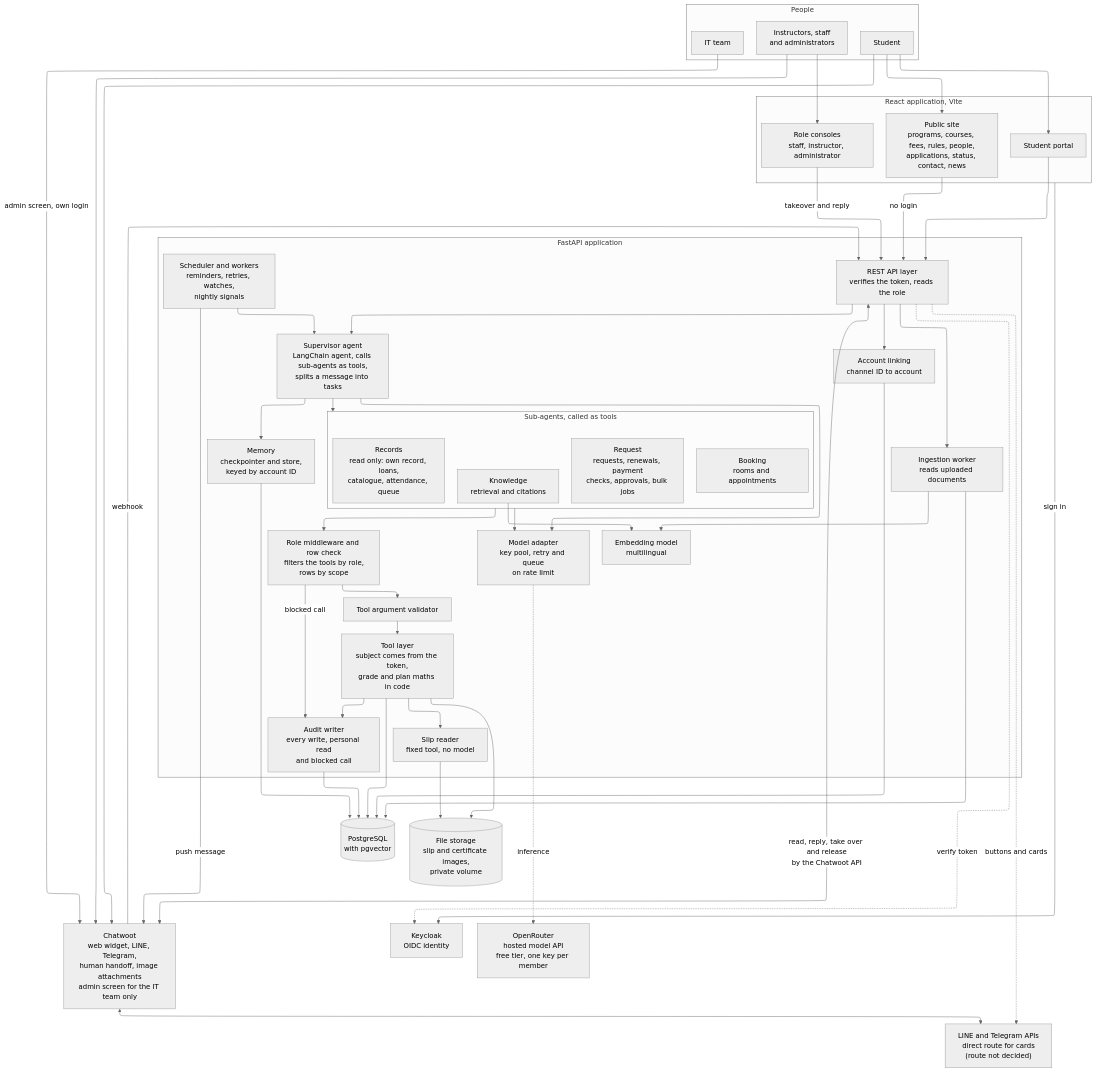
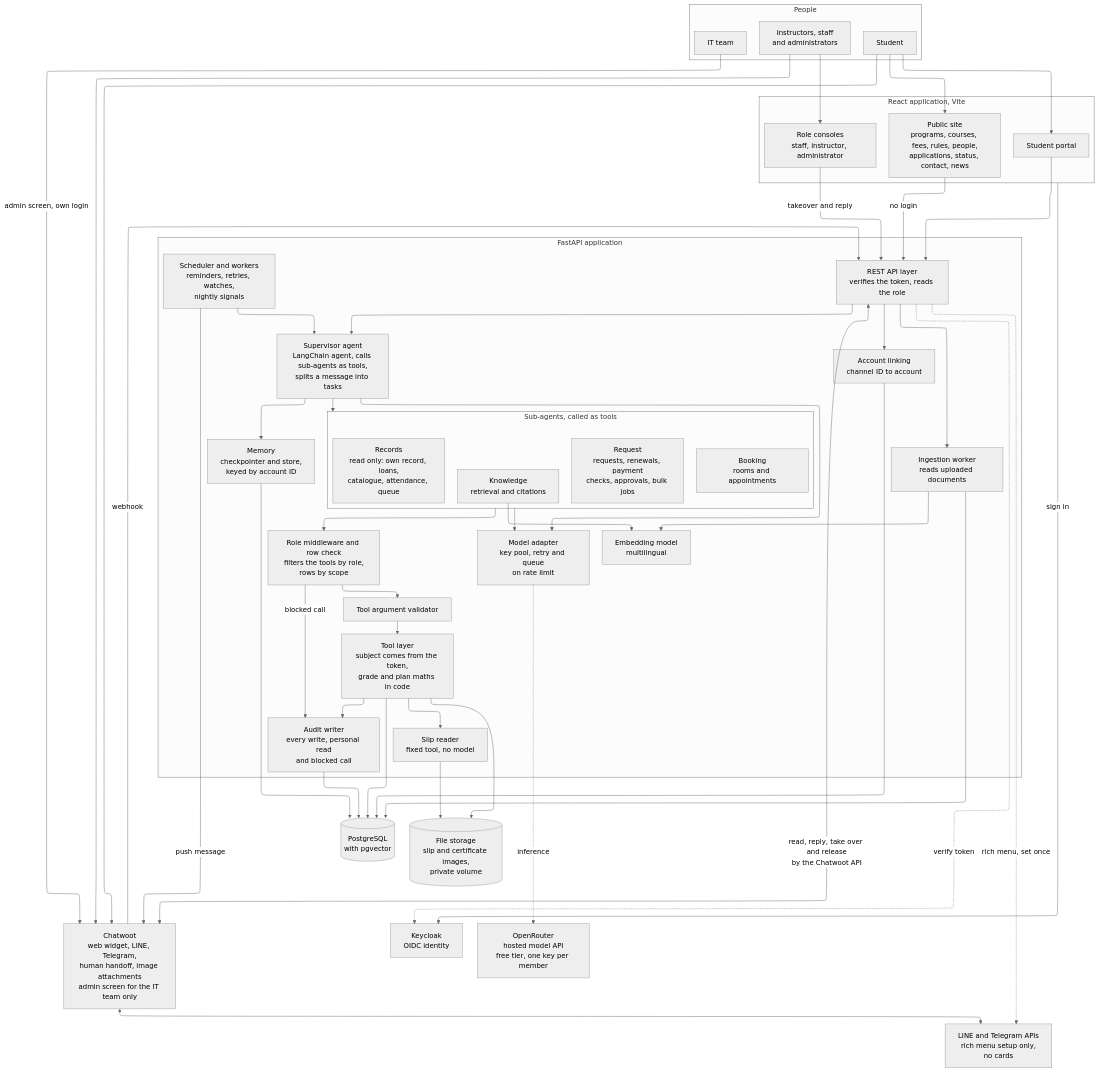
The diagram in design/diagrams/01_architecture.mmd (SaiWaiYanLynn/smart-university-website), drawn with Mermaid (neutral theme) before and after one commit. The commit also changed 3 other files, not shown here.

Commit message:
Updated the architecture diagram

```diff
--- a/design/diagrams/01_architecture.mmd
+++ b/design/diagrams/01_architecture.mmd
@@ -1,93 +1,93 @@
 ---
 config:
   layout: elk
 ---
 flowchart TB
   subgraph Users["People"]
     STU["Student"]
     STF["Instructors, staff<br/>and administrators"]
     ITT["IT team"]
   end
 
   subgraph Frontend["React application, Vite"]
     PUB["Public site<br/>programs, courses, fees, rules, people,<br/>applications, status, contact, news"]
     POR["Student portal"]
     CON["Role consoles<br/>staff, instructor, administrator"]
   end
 
   CWT["Chatwoot<br/>web widget, LINE, Telegram,<br/>human handoff, image attachments<br/>admin screen for the IT team only"]
-  CHN["LINE and Telegram APIs<br/>direct route for cards<br/>(route not decided)"]
+  CHN["LINE and Telegram APIs<br/>rich menu setup only,<br/>no cards"]
 
   subgraph API["FastAPI application"]
     REST["REST API layer<br/>verifies the token, reads the role"]
     LNK["Account linking<br/>channel ID to account"]
     SUP["Supervisor agent<br/>LangChain agent, calls sub-agents as tools,<br/>splits a message into tasks"]
     MEM["Memory<br/>checkpointer and store,<br/>keyed by account ID"]
     SCH["Scheduler and workers<br/>reminders, retries, watches,<br/>nightly signals"]
     subgraph AG["Sub-agents, called as tools"]
       K["Knowledge<br/>retrieval and citations"]
       R["Records<br/>read only: own record, loans,<br/>catalogue, attendance, queue"]
       B["Booking<br/>rooms and appointments"]
       Q["Request<br/>requests, renewals, payment<br/>checks, approvals, bulk jobs"]
     end
     ROLE["Role middleware and row check<br/>filters the tools by role,<br/>rows by scope"]
     VAL["Tool argument validator"]
     TOOL["Tool layer<br/>subject comes from the token,<br/>grade and plan maths in code"]
     SLP["Slip reader<br/>fixed tool, no model"]
     AUD["Audit writer<br/>every write, personal read<br/>and blocked call"]
     ING["Ingestion worker<br/>reads uploaded documents"]
     EMB["Embedding model<br/>multilingual"]
     LLM["Model adapter<br/>key pool, retry and queue<br/>on rate limit"]
   end
 
   PG[("PostgreSQL<br/>with pgvector")]
   FS[("File storage<br/>slip and certificate images,<br/>private volume")]
   KC["Keycloak<br/>OIDC identity"]
   OR["OpenRouter<br/>hosted model API<br/>free tier, one key per member"]
 
   STU --> PUB
   STU --> POR
   STU --> CWT
   STF --> CON
   STF --> CWT
   ITT -- "admin screen, own login" --> CWT
   CWT <--> CHN
 
   PUB -- "no login" --> REST
   POR --> REST
   CON -- "takeover and reply" --> REST
   CWT -- webhook --> REST
   REST <-- "read, reply, take over and release<br/>by the Chatwoot API" --> CWT
-  REST -. "buttons and cards" .-> CHN
+  REST -. "rich menu, set once" .-> CHN
 
   REST --> SUP
   REST -. verify token .-> KC
   Frontend -- "sign in" --> KC
   REST --> LNK
   LNK --> PG
   REST --> ING
 
   SUP --> MEM
   MEM --> PG
   SCH --> SUP
   SCH -- "push message" --> CWT
 
   SUP --> AG
   AG --> ROLE
   ROLE --> VAL
   VAL --> TOOL
   ROLE -- "blocked call" --> AUD
 
   TOOL --> PG
   TOOL --> FS
   TOOL --> SLP
   SLP --> FS
   TOOL --> AUD
   AUD --> PG
   ING --> EMB
   K --> EMB
   ING --> PG
 
   SUP --> LLM
   AG --> LLM
   LLM -. inference .-> OR
```
